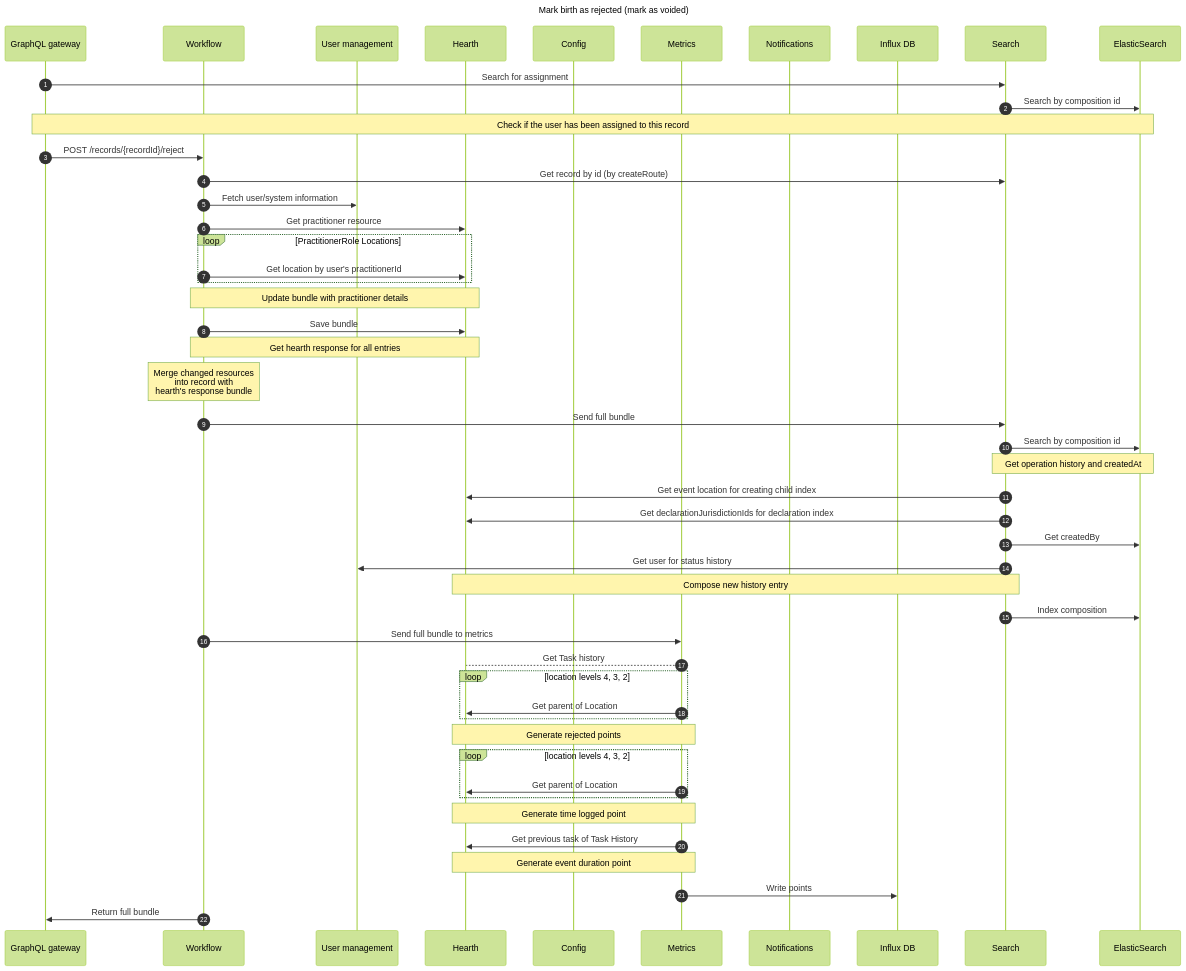
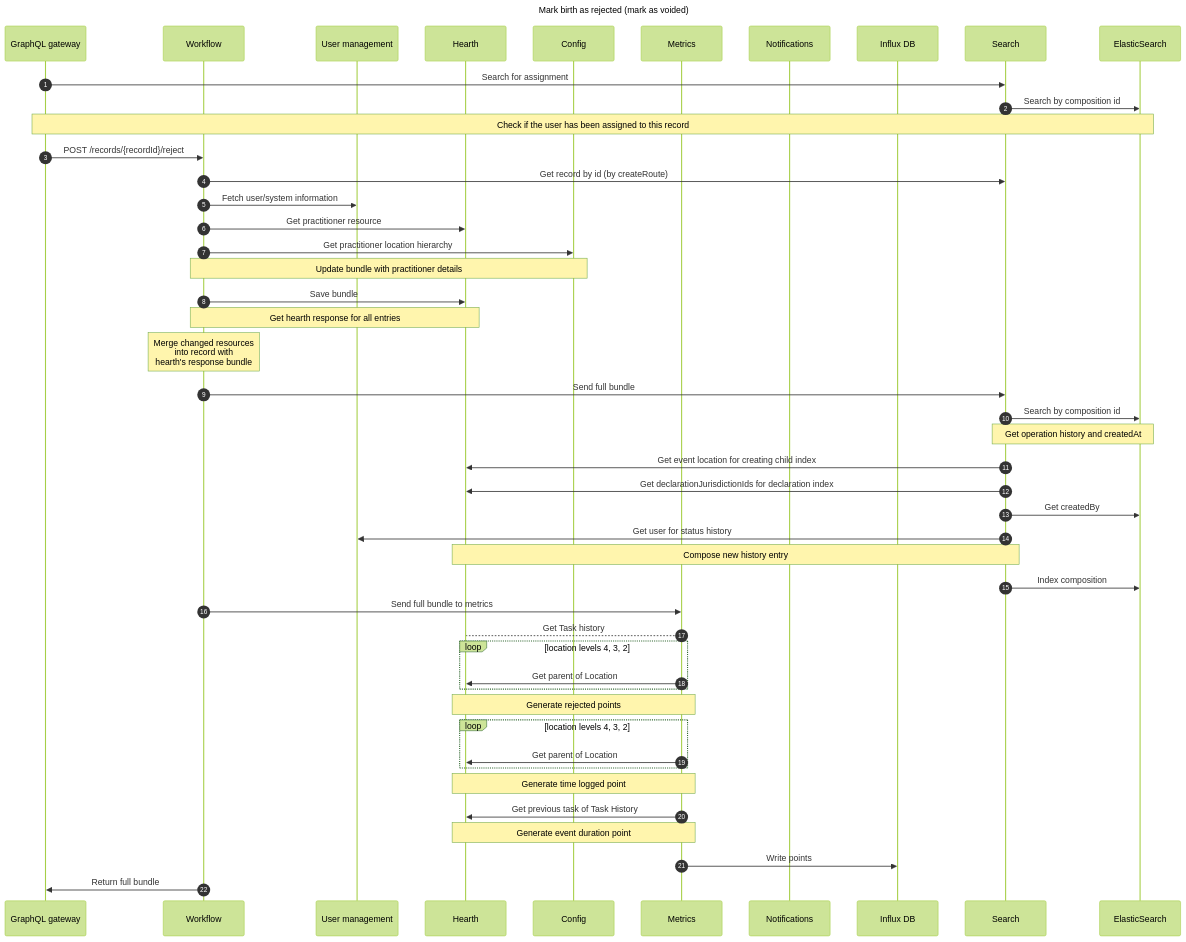
One commit to opencrvs/opencrvs-core changed the diagram in sequence-diagrams/backend/mark-birth-as-void.md. Above: the diagram before and after it, drawn with Mermaid (forest theme). The commit also changed 5 other files, not shown here.

Commit message:
chore(sequence-diagrams): use leaf level locations

````diff
--- a/sequence-diagrams/backend/mark-birth-as-void.md
+++ b/sequence-diagrams/backend/mark-birth-as-void.md
@@ -3,77 +3,74 @@
 ```mermaid
 ---
 title: Mark birth as rejected (mark as voided)
 ---
 
 sequenceDiagram
     autonumber
     participant GraphQL gateway
     participant Workflow
     participant User management
     participant Hearth
     participant Config
     participant Metrics
     participant Notifications
     participant Influx DB
     participant Search
     participant ElasticSearch
 
     GraphQL gateway->>Search: Search for assignment
     Search->>ElasticSearch: Search by composition id
     Note over GraphQL gateway,ElasticSearch: Check if the user has been assigned to this record
 
     GraphQL gateway->>Workflow: POST /records/{recordId}/reject
     Workflow->>Search: Get record by id (by createRoute)
 
     Workflow->>User management: Fetch user/system information
     Workflow->>Hearth: Get practitioner resource
-
-    loop PractitionerRole Locations
-      Workflow->>Hearth: Get location by user's practitionerId
-    end
-    Note over Workflow,Hearth: Update bundle with practitioner details
+    Workflow->>Config: Get practitioner location hierarchy
+    Note over Workflow,Config: Update bundle with practitioner details
 
     Workflow->>Hearth: Save bundle
     Note over Workflow,Hearth: Get hearth response for all entries
 
     Note over Workflow: Merge changed resources<br /> into record with <br /> hearth's response bundle
 
     Workflow->>Search: Send full bundle
     %% upsertEvent
     Search->>ElasticSearch: Search by composition id
     Note over Search,ElasticSearch: Get operation history and createdAt
 
     %% createIndexBody
       %% createChildIndex
       %% addEventLocation
     Search->>Hearth: Get event location for creating child index
 
     %% createDeclarationIndex
     Search->>Hearth: Get declarationJurisdictionIds for declaration index
     Search->>ElasticSearch: Get createdBy
 
     %% createStatusHistory
     Search->>User management: Get user for status history
     Note over Search,Hearth: Compose new history entry
 
     Search->>ElasticSearch: Index composition
 
     Workflow->>Metrics: Send full bundle to metrics
     Metrics-->Hearth: Get Task history
 
     loop location levels 4, 3, 2
         Metrics->>Hearth: Get parent of Location
     end
     Note over Metrics,Hearth: Generate rejected points
 
     loop location levels 4, 3, 2
         Metrics->>Hearth: Get parent of Location
     end
     Note over Metrics,Hearth: Generate time logged point
 
     Metrics->>Hearth: Get previous task of Task History
     Note over Metrics,Hearth: Generate event duration point
     Metrics->>Influx DB: Write points
 
     Workflow->>GraphQL gateway: Return full bundle
 ```
````
